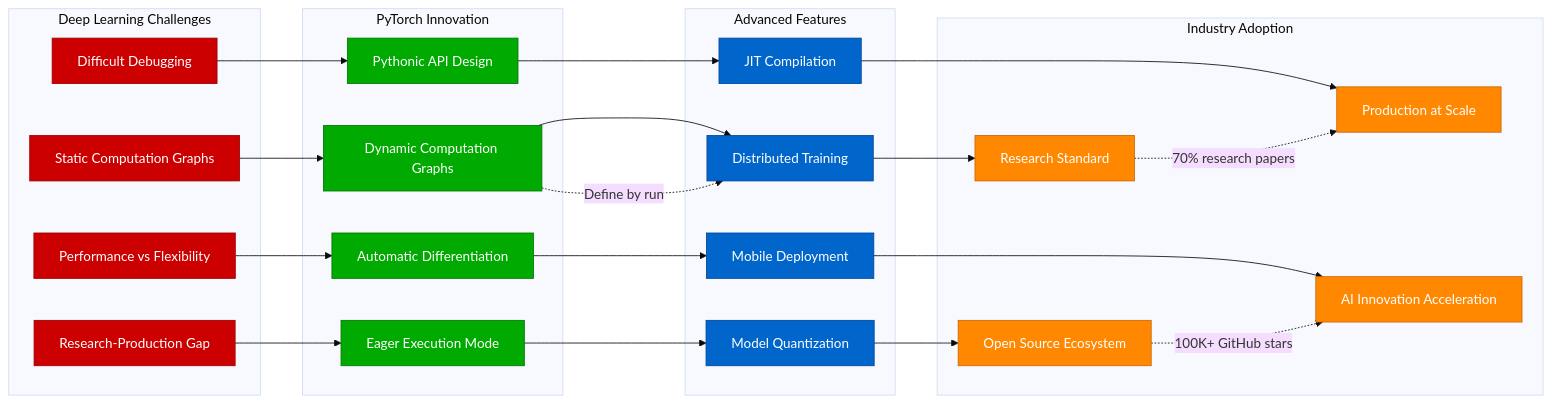
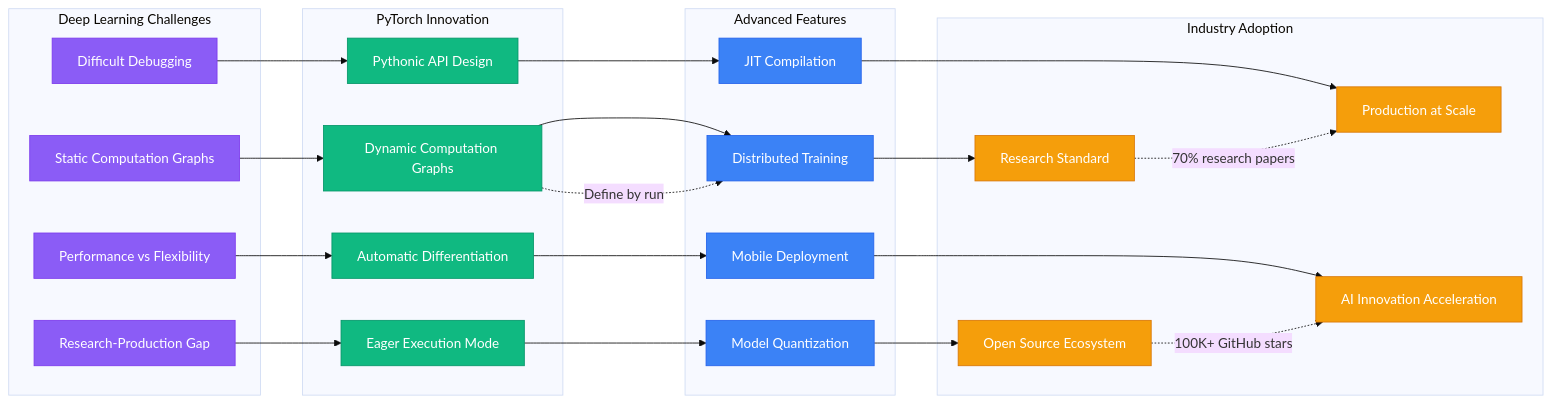
Before and after one commit to deepaucksharma/DS: the sixth of 9 diagrams in site/docs/systems/meta/novel-solutions.md, drawn with Mermaid (base theme). The commit also changed other lines of this file and 303 other files, not shown here.

````diff
--- a/site/docs/systems/meta/novel-solutions.md
+++ b/site/docs/systems/meta/novel-solutions.md
@@ -344,60 +344,60 @@
 ```mermaid
 graph LR
     subgraph MLProblems[Deep Learning Challenges]
         STATIC_GRAPHS[Static Computation Graphs]
         DEBUGGING_HARD[Difficult Debugging]
         RESEARCH_PROD_GAP[Research-Production Gap]
         PERFORMANCE_TRADEOFFS[Performance vs Flexibility]
     end
 
     subgraph PyTorchSolution[PyTorch Innovation]
         DYNAMIC_GRAPHS[Dynamic Computation Graphs]
         PYTHONIC_API[Pythonic API Design]
         EAGER_EXECUTION[Eager Execution Mode]
         AUTOGRAD[Automatic Differentiation]
     end
 
     subgraph PyTorchFeatures[Advanced Features]
         DISTRIBUTED[Distributed Training]
         JIT_COMPILATION[JIT Compilation]
         QUANTIZATION[Model Quantization]
         MOBILE_DEPLOYMENT[Mobile Deployment]
     end
 
     subgraph IndustryImpact[Industry Adoption]
         RESEARCH_STANDARD[Research Standard]
         PRODUCTION_SCALE[Production at Scale]
         OPEN_SOURCE[Open Source Ecosystem]
         AI_ACCELERATION[AI Innovation Acceleration]
     end
 
     STATIC_GRAPHS --> DYNAMIC_GRAPHS
     DEBUGGING_HARD --> PYTHONIC_API
     RESEARCH_PROD_GAP --> EAGER_EXECUTION
     PERFORMANCE_TRADEOFFS --> AUTOGRAD
 
     DYNAMIC_GRAPHS --> DISTRIBUTED
     PYTHONIC_API --> JIT_COMPILATION
     EAGER_EXECUTION --> QUANTIZATION
     AUTOGRAD --> MOBILE_DEPLOYMENT
 
     DISTRIBUTED --> RESEARCH_STANDARD
     JIT_COMPILATION --> PRODUCTION_SCALE
     QUANTIZATION --> OPEN_SOURCE
     MOBILE_DEPLOYMENT --> AI_ACCELERATION
 
     %% Adoption metrics
     DYNAMIC_GRAPHS -.->|"Define by run"| DISTRIBUTED
     RESEARCH_STANDARD -.->|"70% research papers"| PRODUCTION_SCALE
     OPEN_SOURCE -.->|"100K+ GitHub stars"| AI_ACCELERATION
 
-    classDef problemStyle fill:#CC0000,stroke:#990000,color:#fff
-    classDef solutionStyle fill:#00AA00,stroke:#007700,color:#fff
-    classDef featureStyle fill:#0066CC,stroke:#004499,color:#fff
-    classDef impactStyle fill:#FF8800,stroke:#CC6600,color:#fff
+    classDef problemStyle fill:#8B5CF6,stroke:#7C3AED,color:#fff
+    classDef solutionStyle fill:#10B981,stroke:#059669,color:#fff
+    classDef featureStyle fill:#3B82F6,stroke:#2563EB,color:#fff
+    classDef impactStyle fill:#F59E0B,stroke:#D97706,color:#fff
 
     class STATIC_GRAPHS,DEBUGGING_HARD,RESEARCH_PROD_GAP,PERFORMANCE_TRADEOFFS problemStyle
     class DYNAMIC_GRAPHS,PYTHONIC_API,EAGER_EXECUTION,AUTOGRAD solutionStyle
     class DISTRIBUTED,JIT_COMPILATION,QUANTIZATION,MOBILE_DEPLOYMENT featureStyle
     class RESEARCH_STANDARD,PRODUCTION_SCALE,OPEN_SOURCE,AI_ACCELERATION impactStyle
 ```
````
